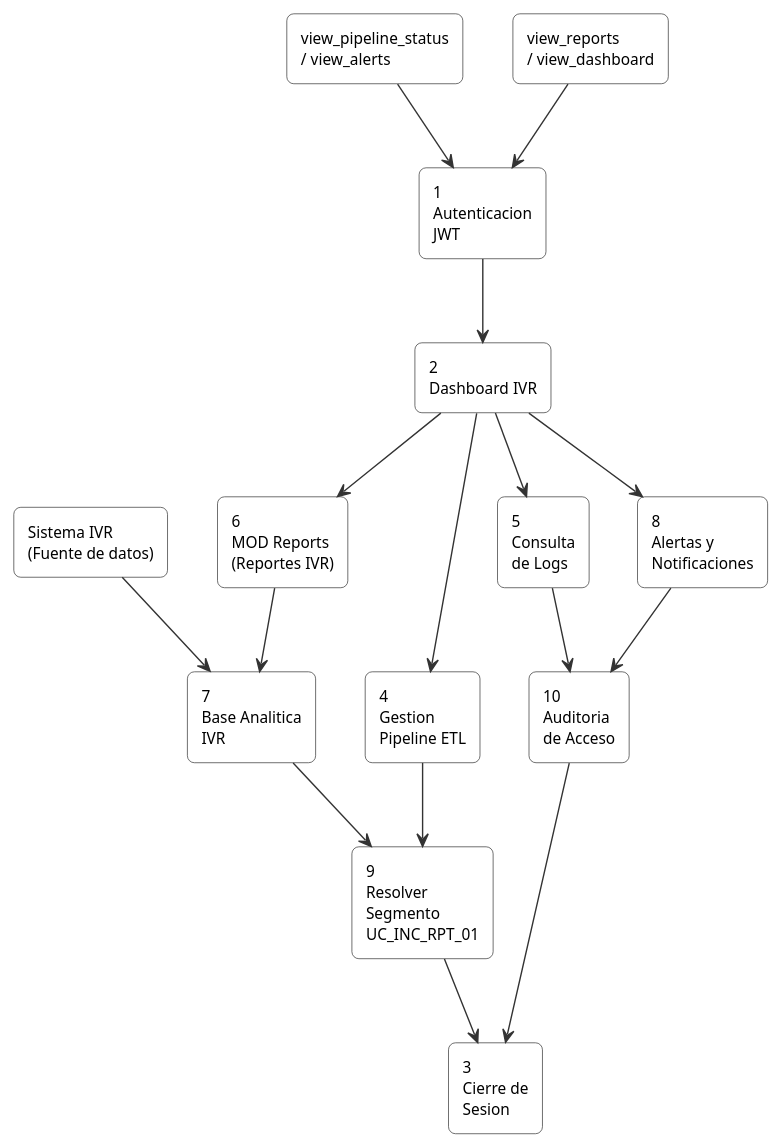
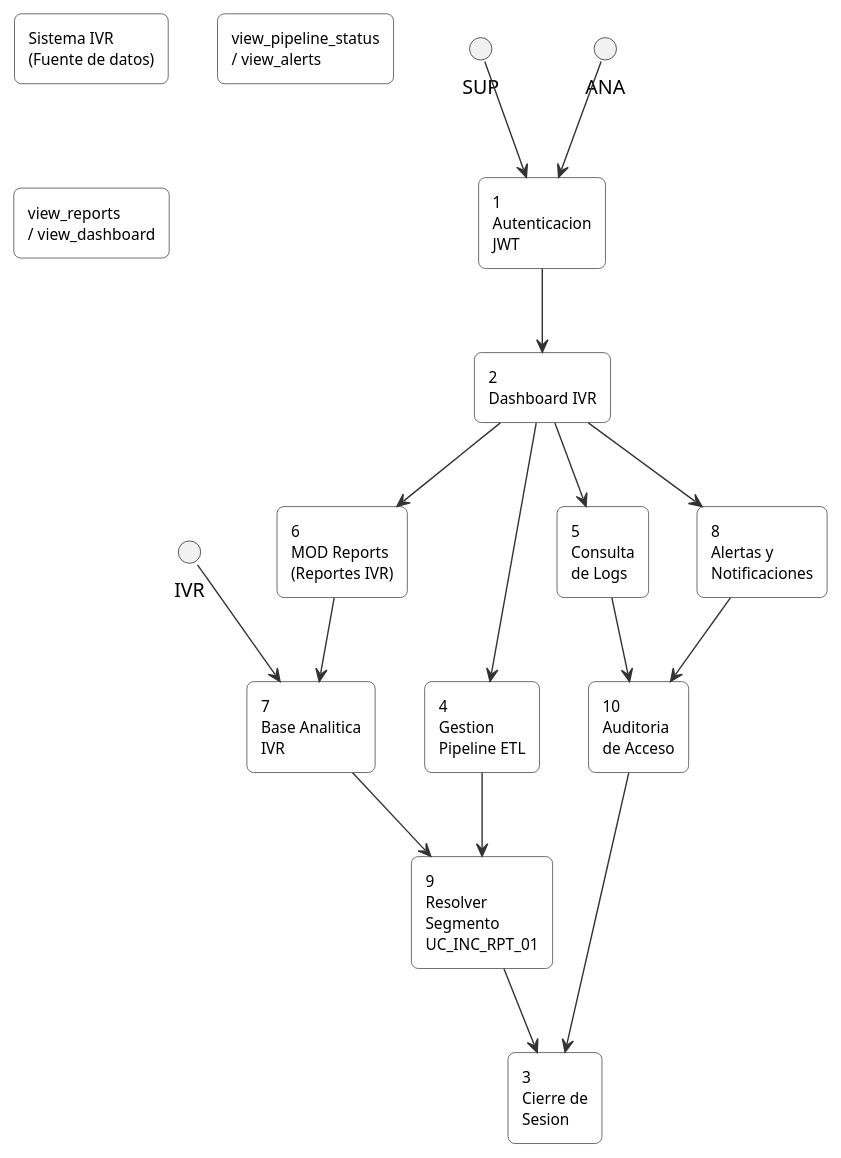
Before and after one commit to jcg-admin/IACT-docs: the diagram in source/arquitectura-tecnica/ArquitecturaSistema/arquitectura-general.rst, drawn with PlantUML. The commit also changed 47 other files, not shown here.

First line of the commit message:
Fix cryptic PlantUML aliases in UC and architecture files (STD_011)

```diff
--- a/source/arquitectura-tecnica/ArquitecturaSistema/arquitectura-general.rst
+++ b/source/arquitectura-tecnica/ArquitecturaSistema/arquitectura-general.rst
@@ -32,45 +32,45 @@
 .. uml::
  :caption: Figura 1 — Arquitectura general del Sistema IACT
 
  @startuml
  skinparam rectangle {
    RoundCorner 10
    BackgroundColor white
    BorderColor #333333
    FontSize 11
  }
  skinparam arrowColor #333333
 
- rectangle "Sistema IVR\n(Fuente de datos)" as IVR
- rectangle "view_pipeline_status\n/ view_alerts" as SUP
- rectangle "view_reports\n/ view_dashboard" as ANA
+ rectangle "Sistema IVR\n(Fuente de datos)" as SistemaIVR
+ rectangle "view_pipeline_status\n/ view_alerts" as SupervisorSistema
+ rectangle "view_reports\n/ view_dashboard" as AnalistaReportes
 
  rectangle "1\nAutenticacion\nJWT" as P1
  rectangle "2\nDashboard IVR" as P2
  rectangle "3\nCierre de\nSesion" as P3
  rectangle "4\nGestion\nPipeline ETL" as P4
  rectangle "5\nConsulta\nde Logs" as P5
  rectangle "6\nMOD Reports\n(Reportes IVR)" as P6
  rectangle "7\nBase Analitica\nIVR" as P7
  rectangle "8\nAlertas y\nNotificaciones" as P8
  rectangle "9\nResolver\nSegmento\nUC_INC_RPT_01" as P9
  rectangle "10\nAuditoria\nde Acceso" as P10
 
  SUP --> P1
  ANA --> P1
  IVR --> P7
 
  P1 --> P2
  P2 --> P4
  P2 --> P5
  P2 --> P6
  P2 --> P8
  P6 --> P7
  P4 --> P9
  P7 --> P9
  P5 --> P10
  P8 --> P10
  P9 --> P3
  P10 --> P3
 
  @enduml
```
